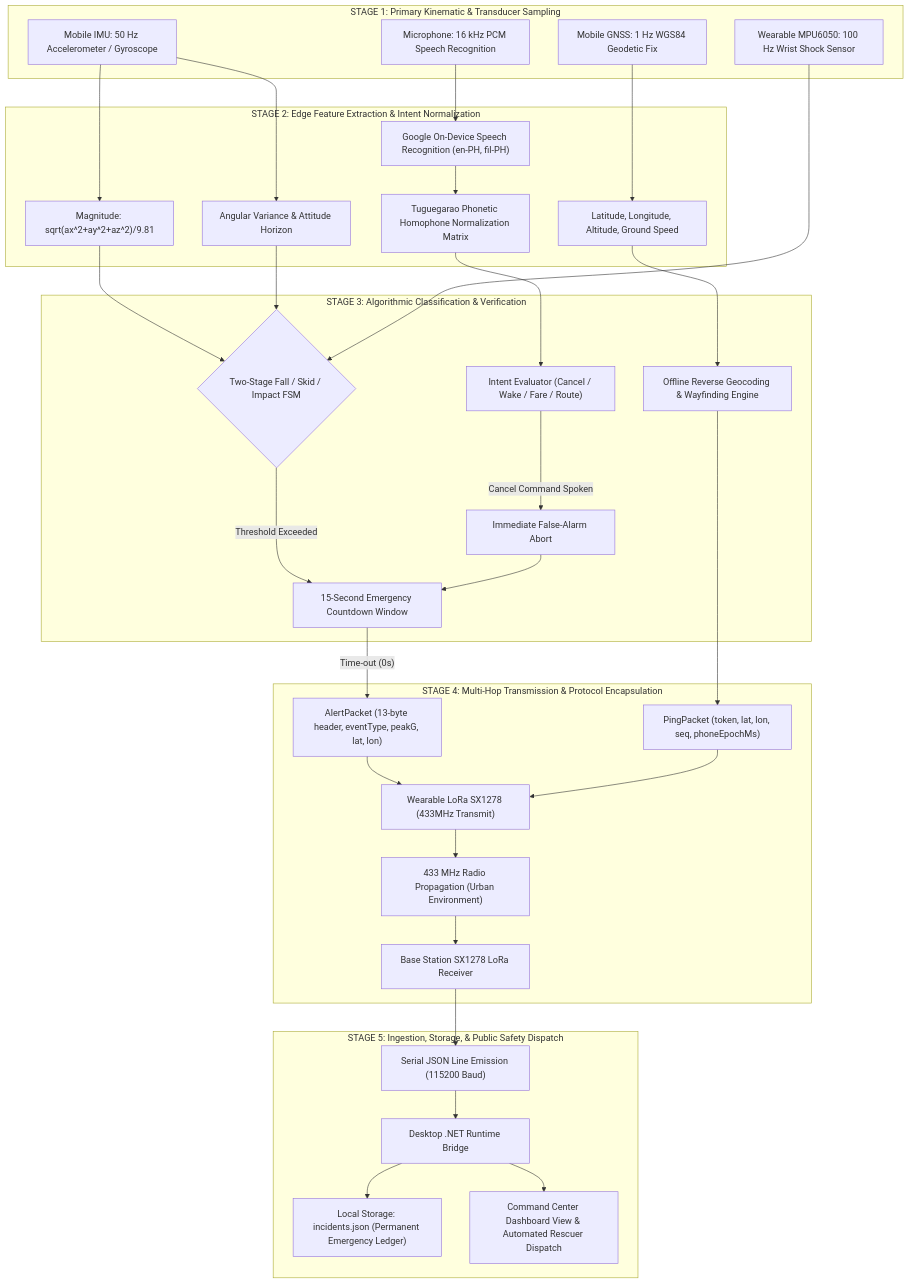
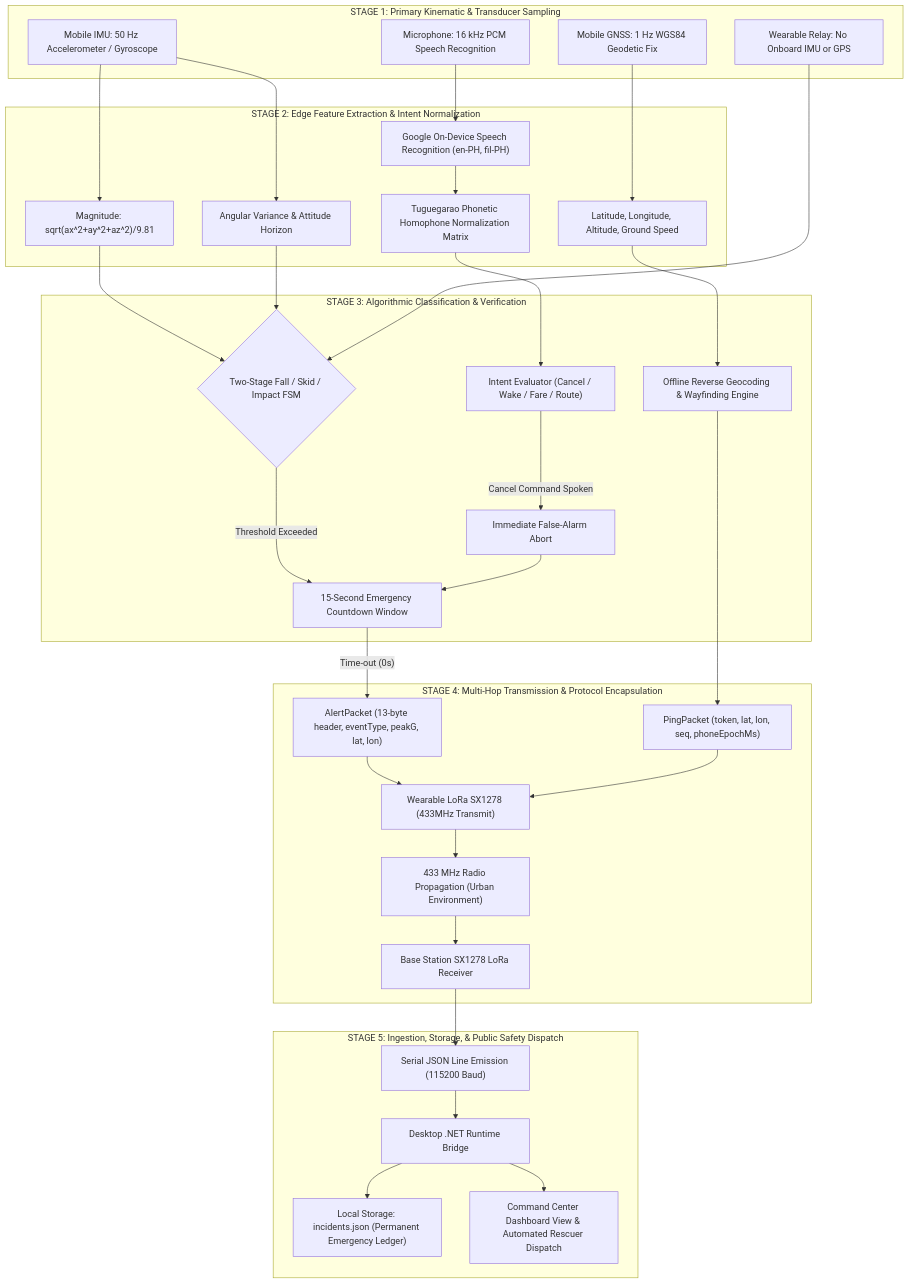
The second of 4 diagrams in docs/MD Files/RAMS_SYSTEM_BLOCK_DIAGRAMS.md (JanClyde05/Road-Accident-Monitoring-System), drawn with Mermaid before and after one commit. The commit also changed other lines of this file and 22 other files, not shown here.

````diff
--- a/docs/MD Files/RAMS_SYSTEM_BLOCK_DIAGRAMS.md
+++ b/docs/MD Files/RAMS_SYSTEM_BLOCK_DIAGRAMS.md
@@ -116,46 +116,46 @@
 ```mermaid
 flowchart TD
     subgraph STAGE_1 ["STAGE 1: Primary Kinematic & Transducer Sampling"]
         P_IMU["Mobile IMU: 50 Hz Accelerometer / Gyroscope"]
         P_GPS["Mobile GNSS: 1 Hz WGS84 Geodetic Fix"]
-        W_IMU["Wearable MPU6050: 100 Hz Wrist Shock Sensor"]
+        W_IMU["Wearable Relay: No Onboard IMU or GPS"]
         MIC_IN["Microphone: 16 kHz PCM Speech Recognition"]
     end
 
     subgraph STAGE_2 ["STAGE 2: Edge Feature Extraction & Intent Normalization"]
         P_IMU --> ACCEL_MAG["Magnitude: sqrt(ax^2+ay^2+az^2)/9.81"]
         P_IMU --> ROT_VAR["Angular Variance & Attitude Horizon"]
         P_GPS --> GEO_COORDS["Latitude, Longitude, Altitude, Ground Speed"]
         MIC_IN --> SPEECH_TEXT["Google On-Device Speech Recognition (en-PH, fil-PH)"]
         SPEECH_TEXT --> PHONETIC_MAP["Tuguegarao Phonetic Homophone Normalization Matrix"]
     end
 
     subgraph STAGE_3 ["STAGE 3: Algorithmic Classification & Verification"]
         ACCEL_MAG --> FSM_DECISION{"Two-Stage Fall / Skid / Impact FSM"}
         ROT_VAR --> FSM_DECISION
         W_IMU --> FSM_DECISION
         GEO_COORDS --> SPATIAL_ENGINE["Offline Reverse Geocoding & Wayfinding Engine"]
         PHONETIC_MAP --> INTENT_ROUTER["Intent Evaluator (Cancel / Wake / Fare / Route)"]
 
         FSM_DECISION -- "Threshold Exceeded" --> COUNTDOWN["15-Second Emergency Countdown Window"]
         INTENT_ROUTER -- "Cancel Command Spoken" --> ABORT_ALARM["Immediate False-Alarm Abort"]
         ABORT_ALARM --> COUNTDOWN
     end
 
     subgraph STAGE_4 ["STAGE 4: Multi-Hop Transmission & Protocol Encapsulation"]
         COUNTDOWN -- "Time-out (0s)" --> ALERT_PACKET["AlertPacket (13-byte header, eventType, peakG, lat, lon)"]
         SPATIAL_ENGINE --> PING_PACKET["PingPacket (token, lat, lon, seq, phoneEpochMs)"]
         
         ALERT_PACKET --> WEAR_TX["Wearable LoRa SX1278 (433MHz Transmit)"]
         PING_PACKET --> WEAR_TX
         WEAR_TX --> RF_AIR["433 MHz Radio Propagation (Urban Environment)"]
         RF_AIR --> BASE_RX["Base Station SX1278 LoRa Receiver"]
     end
 
     subgraph STAGE_5 ["STAGE 5: Ingestion, Storage, & Public Safety Dispatch"]
         BASE_RX --> SERIAL_EMIT["Serial JSON Line Emission (115200 Baud)"]
         SERIAL_EMIT --> DESKTOP_IN["Desktop .NET Runtime Bridge"]
         DESKTOP_IN --> AUDIT_LOG["Local Storage: incidents.json (Permanent Emergency Ledger)"]
         DESKTOP_IN --> UI_VIEW["Command Center Dashboard View & Automated Rescuer Dispatch"]
     end
 ```
````
